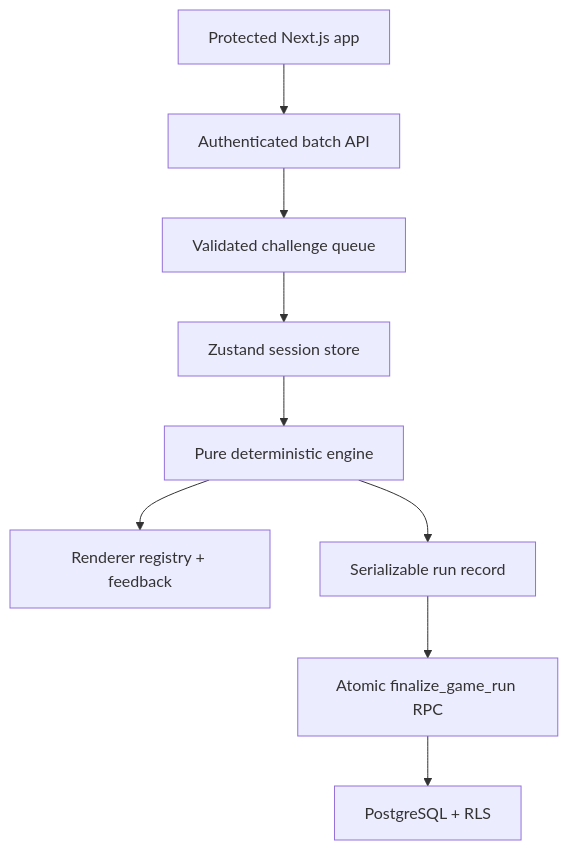
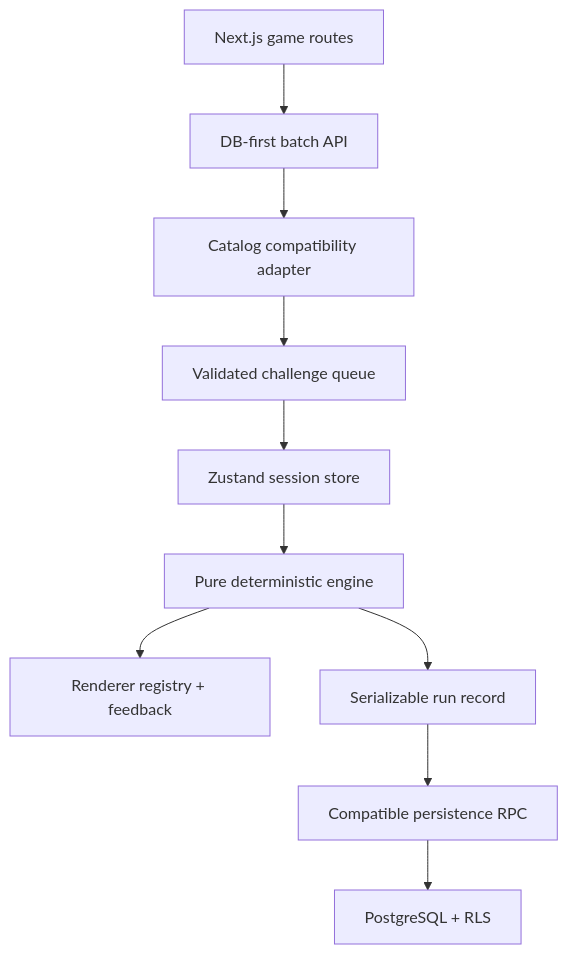
Before and after one commit to RadinPourfarzi/BWSI-Hackathon: the diagram in docs/ARCHITECTURE.md, drawn with Mermaid. The commit also changed other lines of this file and 26 other files, not shown here.

````diff
--- a/docs/ARCHITECTURE.md
+++ b/docs/ARCHITECTURE.md
@@ -8,11 +8,12 @@
 ```mermaid
 flowchart TD
-    A["Protected Next.js app"] --> B["Authenticated batch API"]
-    B --> C["Validated challenge queue"]
-    C --> D["Zustand session store"]
-    D --> E["Pure deterministic engine"]
-    E --> F["Renderer registry + feedback"]
-    E --> G["Serializable run record"]
-    G --> H["Atomic finalize_game_run RPC"]
-    H --> I["PostgreSQL + RLS"]
+    A["Next.js game routes"] --> B["DB-first batch API"]
+    B --> C["Catalog compatibility adapter"]
+    C --> D["Validated challenge queue"]
+    D --> E["Zustand session store"]
+    E --> F["Pure deterministic engine"]
+    F --> G["Renderer registry + feedback"]
+    F --> H["Serializable run record"]
+    H --> I["Compatible persistence RPC"]
+    I --> J["PostgreSQL + RLS"]
 ```
````
